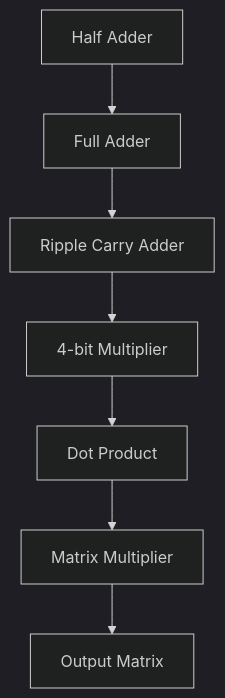
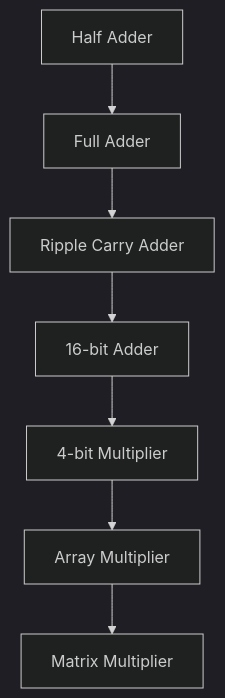
Before and after one commit to ankur181104/FPGA-5x5-Matrix-Multiplier: the diagram in README.md, drawn with Mermaid (dark theme).

````diff
--- a/README.md
+++ b/README.md
@@ -23,9 +23,9 @@
 ```mermaid
 flowchart TD
     A[Half Adder] --> B[Full Adder]
     B --> C[Ripple Carry Adder]
-    C --> D[4-bit Multiplier]
-    D --> E[Dot Product]
-    E --> F[Matrix Multiplier]
-    F --> G[Output Matrix]
+    C --> D[16-bit Adder]
+    D --> E[4-bit Multiplier]
+    E --> F[Array Multiplier]
+    F --> G[Matrix Multiplier]
 ```
````
